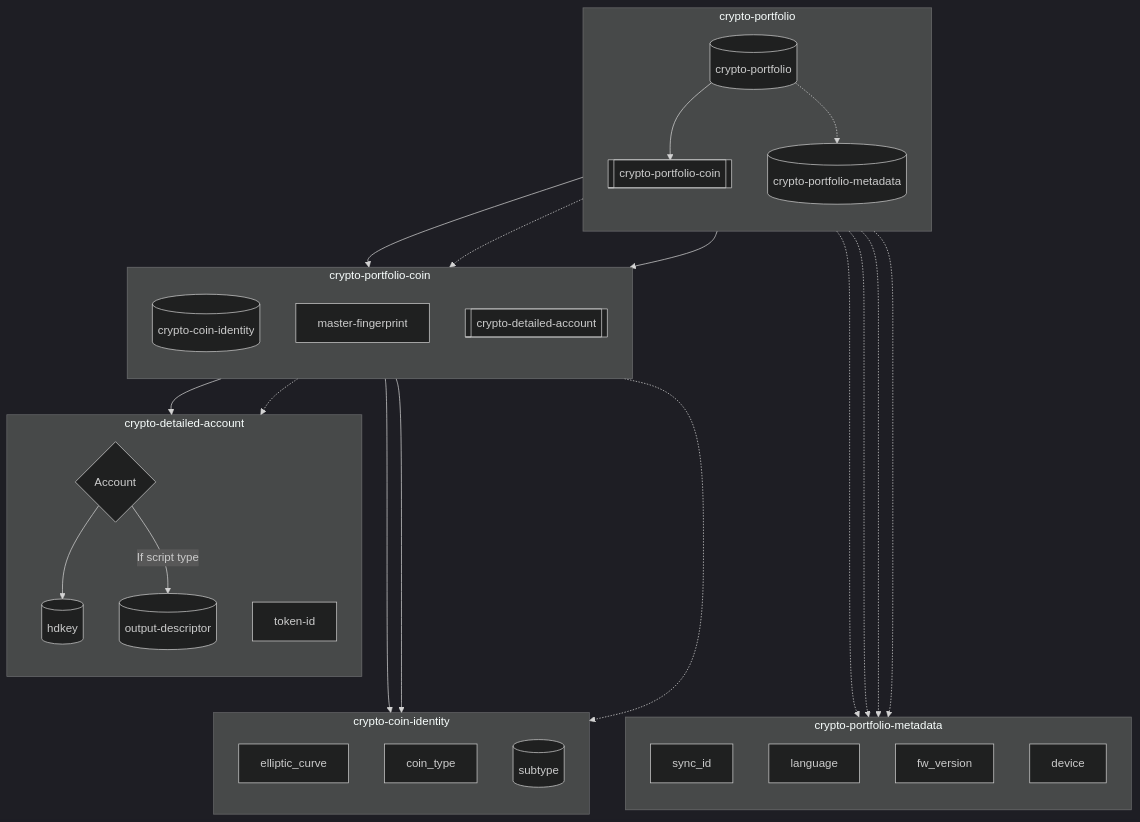
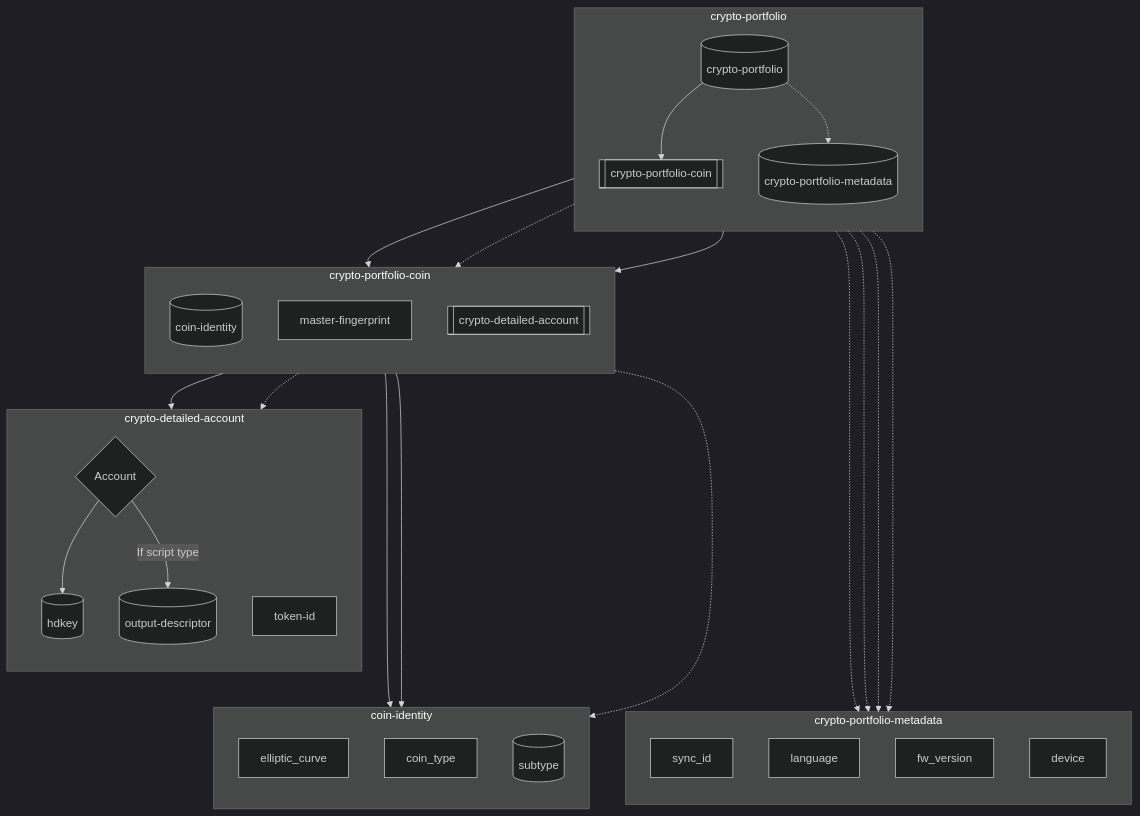
Before and after one commit to ngraveio/Research: the fourth of 4 diagrams in papers/nbcr-2023-002-multi-layer-sync.md, drawn with Mermaid (dark theme). The commit also changed other lines of this file and 3 other files, not shown here.

Commit message:
NBCR: Update crypto-coin-identity (#6.1401) to coin-identity (#6.41401)

````diff
--- a/papers/nbcr-2023-002-multi-layer-sync.md
+++ b/papers/nbcr-2023-002-multi-layer-sync.md
@@ -458,44 +458,44 @@
 ```mermaid
 flowchart TB
 	%% crypto-sync breakdown
 	Sync[(crypto-portfolio)]
 	subgraph crypto-portfolio
     direction TB
 	Sync --> Coins[[crypto-portfolio-coin]]
 	Sync -.-> Meta[(crypto-portfolio-metadata)]
     end
 
 	%% crypto-portfolio-metadata breakdown
 	subgraph crypto-portfolio-metadata
     direction TB
 	Meta -...-> sync_id
 	Meta -...-> language
 	Meta -...-> fw_version
 	Meta -...-> device
 	end
 
 	%% crypto-portfolio-coin breakdown
 	subgraph crypto-portfolio-coin
     direction TB
-	Coins --> ID[(crypto-coin-identity)]
+	Coins --> ID[(coin-identity)]
     Coins -.-> MF2[master-fingerprint]
 	Coins --> DetAcc[[crypto-detailed-account]]
     end
 
     %% crypto-detailed-account breakdown
     subgraph crypto-detailed-account
     direction TB
     DetAcc --> key{Account}
 	key --> HD[(hdkey)]
 	key --> |If script type| Out[(output-descriptor)]
 	DetAcc -.-> token-id
 	end
 
-	%% crypto-coin-identity breakdown
-	subgraph crypto-coin-identity
+	%% coin-identity breakdown
+	subgraph coin-identity
     direction TB
 	ID ---> elliptic_curve
 	ID ---> coin_type
 	ID -..-> Subtypes[(subtype)]
 	end
 ```
````
